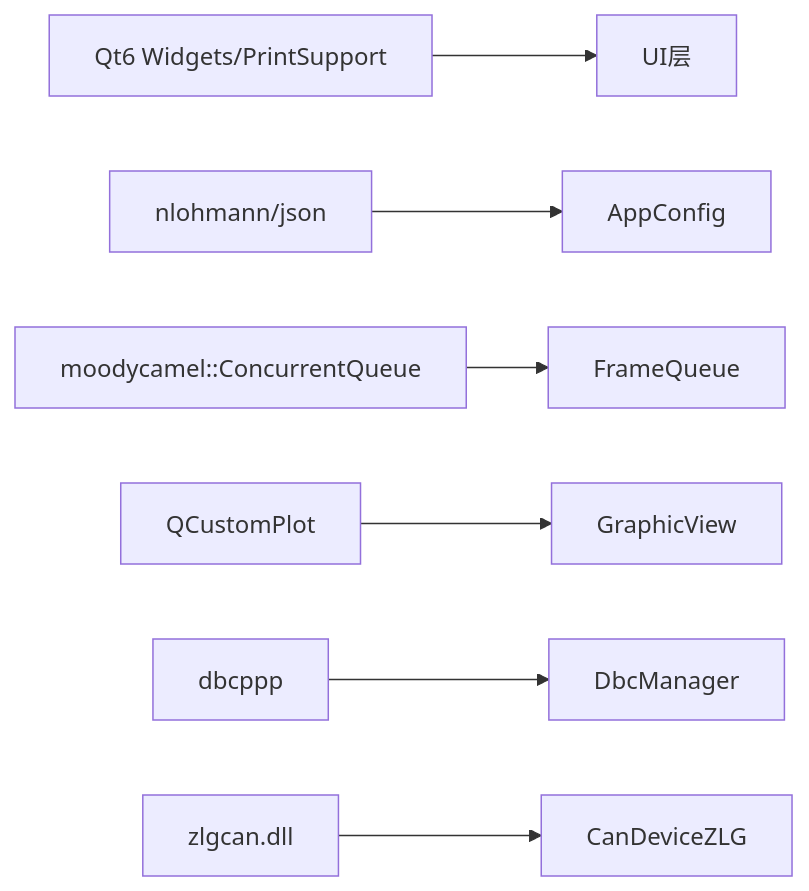
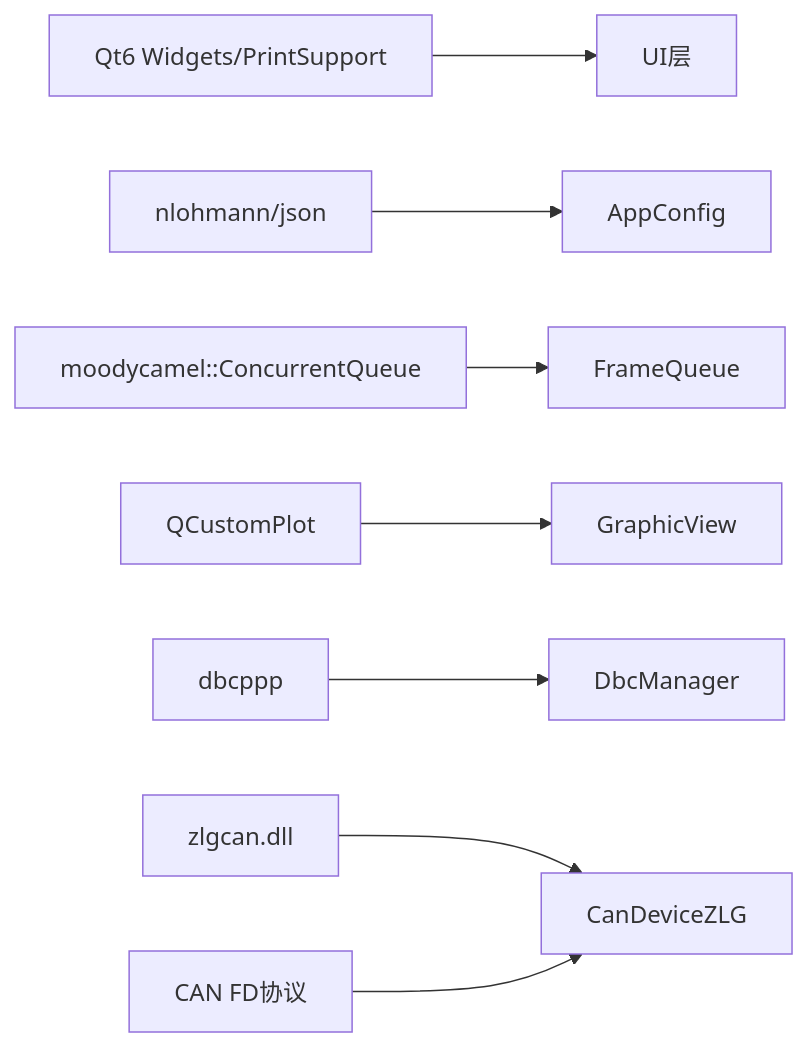
The ninth of 9 diagrams in .qoder/repowiki/zh/content/核心模块详解/CAN设备管理系统.md (jakecai1225-design/OpenBus), drawn with Mermaid before and after one commit. The commit also changed other lines of this file and 6 other files, not shown here.

Commit message:
trace flow graphic

````diff
--- a/.qoder/repowiki/zh/content/核心模块详解/CAN设备管理系统.md
+++ b/.qoder/repowiki/zh/content/核心模块详解/CAN设备管理系统.md
@@ -441,9 +467,10 @@
 ```mermaid
 graph LR
 Qt["Qt6 Widgets/PrintSupport"] --> UI["UI层"]
 JSON["nlohmann/json"] --> CFG["AppConfig"]
 MQ["moodycamel::ConcurrentQueue"] --> Q["FrameQueue"]
 QCP["QCustomPlot"] --> GV["GraphicView"]
 DBCPP["dbcppp"] --> DM["DbcManager"]
 ZLG["zlgcan.dll"] --> ZLGDRV["CanDeviceZLG"]
+CFD["CAN FD协议"] --> ZLGDRV
 ```
````
